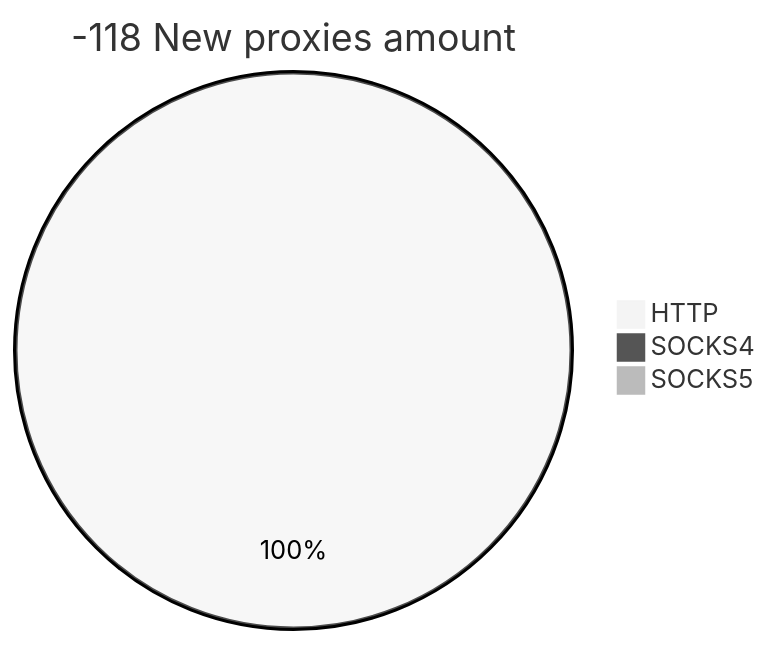
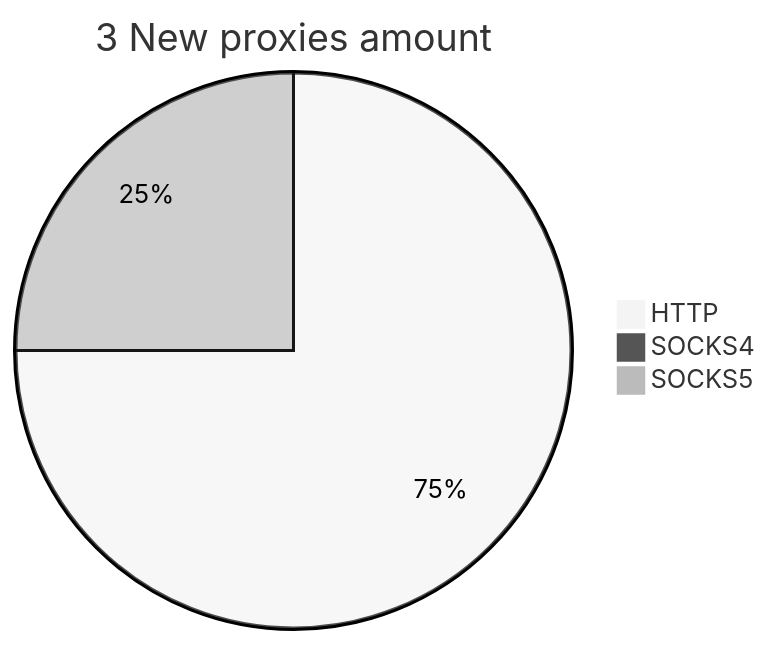
One commit to cutipu/proxylist changed the second of 2 diagrams in README.md. Above: the diagram before and after it, drawn with Mermaid (neutral theme). The commit also changed other lines of this file, not shown here.

````diff
--- a/README.md
+++ b/README.md
@@ -10,6 +10,6 @@
 ```mermaid
-pie title -118 New proxies amount
-    "HTTP" : 4
+pie title 3 New proxies amount
+    "HTTP" : 3
     "SOCKS4" : 0
-    "SOCKS5" : 0
+    "SOCKS5" : 1
 ```
````
